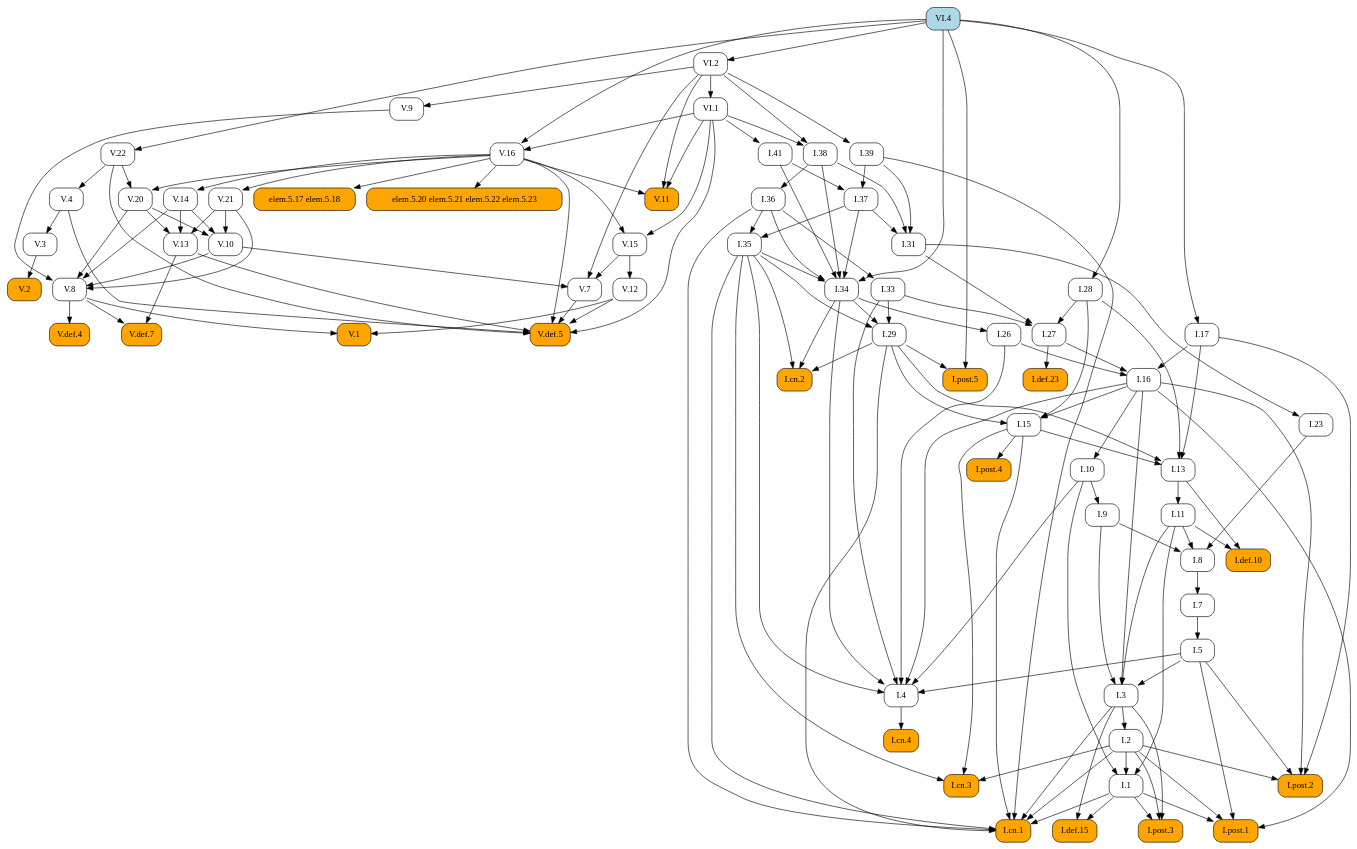
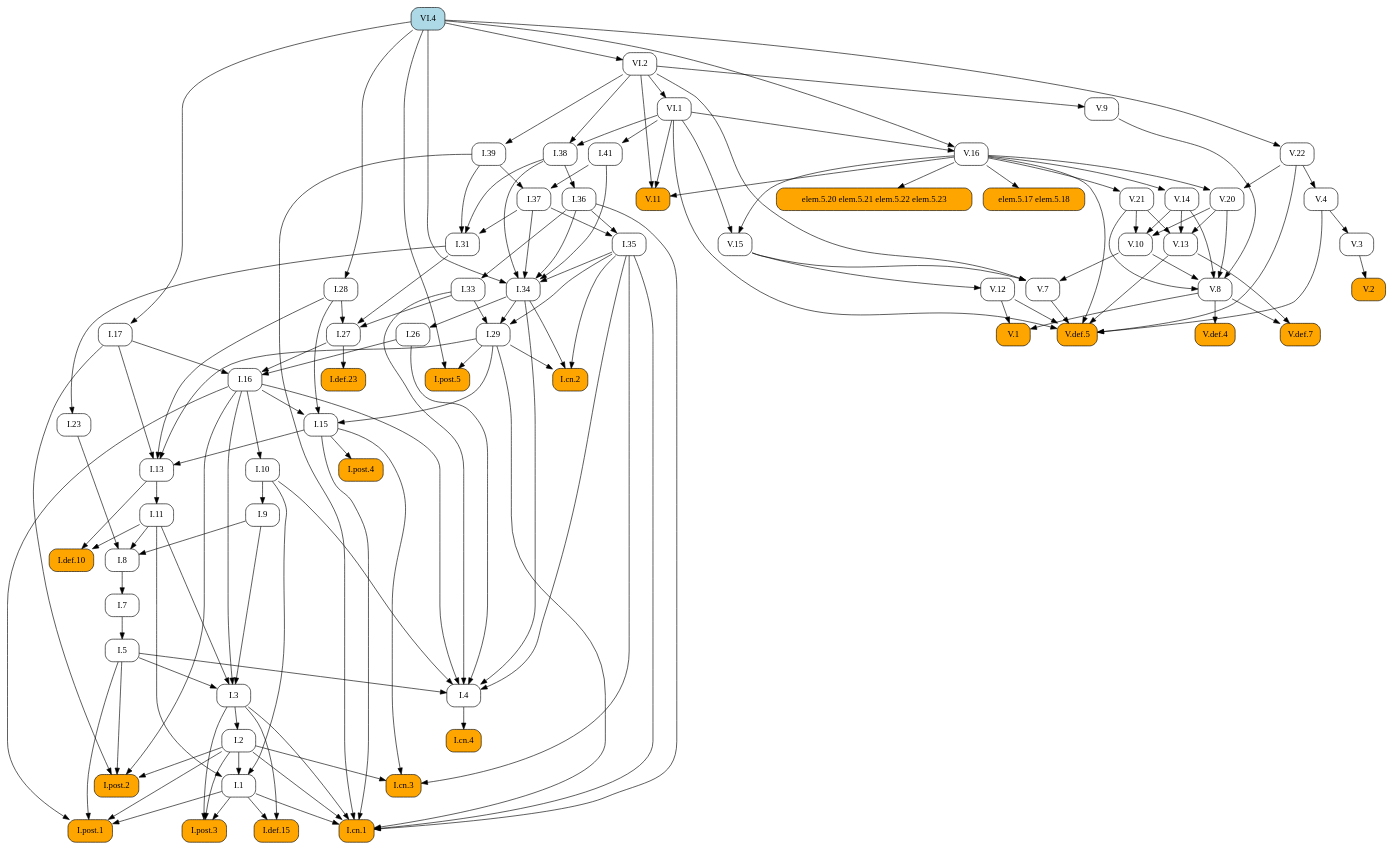
One commit to geometor/elements changed the diagram in docsrc/heath/VI/4/index.rst. Above: the diagram before and after it, drawn with Graphviz. The commit also changed other lines of this file and 1029 other files, not shown here.

```diff
--- a/docsrc/heath/VI/4/index.rst
+++ b/docsrc/heath/VI/4/index.rst
@@ -87,131 +87,79 @@
    digraph {
      rankdir="TB";
      node [shape=box, style=rounded];
+     "I.def.10" [style="rounded,filled", fillcolor=orange, URL="/heath/I/def.10/", target="_top"];
+     "I.11" [URL="/heath/I/11/", target="_top"];
+     "I.post.4" [style="rounded,filled", fillcolor=orange, URL="/heath/I/post.4/", target="_top"];
+     "I.28" [URL="/heath/I/28/", target="_top"];
+     "I.1" [URL="/heath/I/1/", target="_top"];
+     "V.def.5" [style="rounded,filled", fillcolor=orange, URL="/heath/V/def.5/", target="_top"];
+     "V.13" [URL="/heath/V/13/", target="_top"];
+     "V.11" [style="rounded,filled", fillcolor=orange, URL="/heath/V/11/", target="_top"];
+     "I.post.3" [style="rounded,filled", fillcolor=orange, URL="/heath/I/post.3/", target="_top"];
+     "VI.1" [URL="/heath/VI/1/", target="_top"];
+     "I.cn.3" [style="rounded,filled", fillcolor=orange, URL="/heath/I/cn.3/", target="_top"];
+     "V.16" [URL="/heath/V/16/", target="_top"];
+     "VI.4" [style="rounded,filled", fillcolor=lightblue, URL="/heath/VI/4/", target="_top"];
+     "V.3" [URL="/heath/V/3/", target="_top"];
+     "V.8" [URL="/heath/V/8/", target="_top"];
+     "I.27" [URL="/heath/I/27/", target="_top"];
+     "I.36" [URL="/heath/I/36/", target="_top"];
+     "I.41" [URL="/heath/I/41/", target="_top"];
+     "I.37" [URL="/heath/I/37/", target="_top"];
+     "I.34" [URL="/heath/I/34/", target="_top"];
+     "I.2" [URL="/heath/I/2/", target="_top"];
+     "I.def.23" [style="rounded,filled", fillcolor=orange, URL="/heath/I/def.23/", target="_top"];
+     "I.17" [URL="/heath/I/17/", target="_top"];
+     "I.33" [URL="/heath/I/33/", target="_top"];
+     "I.post.2" [style="rounded,filled", fillcolor=orange, URL="/heath/I/post.2/", target="_top"];
+     "elem.5.20 elem.5.21 elem.5.22 elem.5.23" [style="rounded,filled", fillcolor=orange];
+     "I.9" [URL="/heath/I/9/", target="_top"];
+     "I.cn.4" [style="rounded,filled", fillcolor=orange, URL="/heath/I/cn.4/", target="_top"];
+     "V.def.4" [style="rounded,filled", fillcolor=orange, URL="/heath/V/def.4/", target="_top"];
+     "I.15" [URL="/heath/I/15/", target="_top"];
+     "I.38" [URL="/heath/I/38/", target="_top"];
+     "V.def.7" [style="rounded,filled", fillcolor=orange, URL="/heath/V/def.7/", target="_top"];
+     "I.5" [URL="/heath/I/5/", target="_top"];
+     "V.21" [URL="/heath/V/21/", target="_top"];
+     "I.39" [URL="/heath/I/39/", target="_top"];
+     "I.26" [URL="/heath/I/26/", target="_top"];
+     "V.14" [URL="/heath/V/14/", target="_top"];
+     "I.29" [URL="/heath/I/29/", target="_top"];
+     "V.22" [URL="/heath/V/22/", target="_top"];
+     "V.12" [URL="/heath/V/12/", target="_top"];
+     "I.cn.2" [style="rounded,filled", fillcolor=orange, URL="/heath/I/cn.2/", target="_top"];
+     "V.20" [URL="/heath/V/20/", target="_top"];
+     "V.10" [URL="/heath/V/10/", target="_top"];
+     "VI.2" [URL="/heath/VI/2/", target="_top"];
+     "I.def.15" [style="rounded,filled", fillcolor=orange, URL="/heath/I/def.15/", target="_top"];
+     "V.15" [URL="/heath/V/15/", target="_top"];
+     "I.cn.1" [style="rounded,filled", fillcolor=orange, URL="/heath/I/cn.1/", target="_top"];
+     "V.7" [URL="/heath/V/7/", target="_top"];
+     "V.9" [URL="/heath/V/9/", target="_top"];
+     "I.23" [URL="/heath/I/23/", target="_top"];
+     "I.post.1" [style="rounded,filled", fillcolor=orange, URL="/heath/I/post.1/", target="_top"];
+     "I.35" [URL="/heath/I/35/", target="_top"];
+     "I.7" [URL="/heath/I/7/", target="_top"];
+     "I.3" [URL="/heath/I/3/", target="_top"];
+     "I.4" [URL="/heath/I/4/", target="_top"];
+     "I.13" [URL="/heath/I/13/", target="_top"];
+     "V.4" [URL="/heath/V/4/", target="_top"];
+     "I.31" [URL="/heath/I/31/", target="_top"];
      "V.1" [style="rounded,filled", fillcolor=orange, URL="/heath/V/1/", target="_top"];
-     "I.29" [URL="/heath/I/29/", target="_top"];
-     "I.7" [URL="/heath/I/7/", target="_top"];
-     "I.27" [URL="/heath/I/27/", target="_top"];
-     "I.def.23" [style="rounded,filled", fillcolor=orange, URL="/heath/I/def.23/", target="_top"];
-     "V.20" [URL="/heath/V/20/", target="_top"];
-     "I.34" [URL="/heath/I/34/", target="_top"];
+     "I.16" [URL="/heath/I/16/", target="_top"];
+     "elem.5.17 elem.5.18" [style="rounded,filled", fillcolor=orange];
      "I.8" [URL="/heath/I/8/", target="_top"];
      "V.2" [style="rounded,filled", fillcolor=orange, URL="/heath/V/2/", target="_top"];
-     "I.9" [URL="/heath/I/9/", target="_top"];
-     "V.22" [URL="/heath/V/22/", target="_top"];
-     "I.post.4" [style="rounded,filled", fillcolor=orange, URL="/heath/I/post.4/", target="_top"];
-     "I.2" [URL="/heath/I/2/", target="_top"];
-     "V.4" [URL="/heath/V/4/", target="_top"];
-     "I.28" [URL="/heath/I/28/", target="_top"];
-     "VI.4" [style="rounded,filled", fillcolor=lightblue, URL="/heath/VI/4/", target="_top"];
-     "I.cn.4" [style="rounded,filled", fillcolor=orange, URL="/heath/I/cn.4/", target="_top"];
-     "VI.2" [URL="/heath/VI/2/", target="_top"];
-     "elem.5.20 elem.5.21 elem.5.22 elem.5.23" [style="rounded,filled", fillcolor=orange];
-     "I.23" [URL="/heath/I/23/", target="_top"];
-     "I.13" [URL="/heath/I/13/", target="_top"];
-     "I.5" [URL="/heath/I/5/", target="_top"];
-     "I.11" [URL="/heath/I/11/", target="_top"];
-     "I.4" [URL="/heath/I/4/", target="_top"];
-     "I.def.10" [style="rounded,filled", fillcolor=orange, URL="/heath/I/def.10/", target="_top"];
-     "I.post.3" [style="rounded,filled", fillcolor=orange, URL="/heath/I/post.3/", target="_top"];
-     "V.9" [URL="/heath/V/9/", target="_top"];
-     "elem.5.17 elem.5.18" [style="rounded,filled", fillcolor=orange];
-     "V.3" [URL="/heath/V/3/", target="_top"];
-     "I.36" [URL="/heath/I/36/", target="_top"];
-     "V.12" [URL="/heath/V/12/", target="_top"];
-     "I.15" [URL="/heath/I/15/", target="_top"];
-     "I.17" [URL="/heath/I/17/", target="_top"];
-     "I.41" [URL="/heath/I/41/", target="_top"];
-     "V.def.5" [style="rounded,filled", fillcolor=orange, URL="/heath/V/def.5/", target="_top"];
-     "I.cn.3" [style="rounded,filled", fillcolor=orange, URL="/heath/I/cn.3/", target="_top"];
-     "V.16" [URL="/heath/V/16/", target="_top"];
-     "I.38" [URL="/heath/I/38/", target="_top"];
-     "V.15" [URL="/heath/V/15/", target="_top"];
-     "V.def.4" [style="rounded,filled", fillcolor=orange, URL="/heath/V/def.4/", target="_top"];
-     "V.21" [URL="/heath/V/21/", target="_top"];
-     "V.8" [URL="/heath/V/8/", target="_top"];
-     "V.7" [URL="/heath/V/7/", target="_top"];
-     "I.1" [URL="/heath/I/1/", target="_top"];
-     "I.def.15" [style="rounded,filled", fillcolor=orange, URL="/heath/I/def.15/", target="_top"];
-     "I.post.1" [style="rounded,filled", fillcolor=orange, URL="/heath/I/post.1/", target="_top"];
-     "V.13" [URL="/heath/V/13/", target="_top"];
-     "I.26" [URL="/heath/I/26/", target="_top"];
-     "I.33" [URL="/heath/I/33/", target="_top"];
-     "V.def.7" [style="rounded,filled", fillcolor=orange, URL="/heath/V/def.7/", target="_top"];
-     "I.39" [URL="/heath/I/39/", target="_top"];
-     "I.cn.2" [style="rounded,filled", fillcolor=orange, URL="/heath/I/cn.2/", target="_top"];
-     "V.10" [URL="/heath/V/10/", target="_top"];
+     "I.post.5" [style="rounded,filled", fillcolor=orange, URL="/heath/I/post.5/", target="_top"];
      "I.10" [URL="/heath/I/10/", target="_top"];
-     "I.3" [URL="/heath/I/3/", target="_top"];
-     "I.16" [URL="/heath/I/16/", target="_top"];
-     "I.31" [URL="/heath/I/31/", target="_top"];
-     "V.11" [style="rounded,filled", fillcolor=orange, URL="/heath/V/11/", target="_top"];
-     "I.post.2" [style="rounded,filled", fillcolor=orange, URL="/heath/I/post.2/", target="_top"];
-     "I.post.5" [style="rounded,filled", fillcolor=orange, URL="/heath/I/post.5/", target="_top"];
-     "VI.1" [URL="/heath/VI/1/", target="_top"];
-     "I.35" [URL="/heath/I/35/", target="_top"];
-     "I.cn.1" [style="rounded,filled", fillcolor=orange, URL="/heath/I/cn.1/", target="_top"];
-     "I.37" [URL="/heath/I/37/", target="_top"];
-     "V.14" [URL="/heath/V/14/", target="_top"];
-     "V.8" -> "V.1";
-     "V.12" -> "V.1";
-     "I.33" -> "I.29";
-     "I.34" -> "I.29";
-     "I.35" -> "I.29";
-     "I.8" -> "I.7";
-     "I.28" -> "I.27";
-     "I.31" -> "I.27";
-     "I.33" -> "I.27";
-     "I.27" -> "I.def.23";
-     "V.16" -> "V.20";
-     "V.22" -> "V.20";
-     "I.35" -> "I.34";
-     "I.36" -> "I.34";
-     "I.37" -> "I.34";
-     "I.38" -> "I.34";
-     "I.41" -> "I.34";
-     "VI.4" -> "I.34";
-     "I.9" -> "I.8";
-     "I.11" -> "I.8";
-     "I.23" -> "I.8";
-     "V.3" -> "V.2";
-     "I.10" -> "I.9";
-     "VI.4" -> "V.22";
-     "I.15" -> "I.post.4";
-     "I.3" -> "I.2";
-     "V.22" -> "V.4";
-     "VI.4" -> "I.28";
-     "I.4" -> "I.cn.4";
-     "VI.4" -> "VI.2";
-     "V.16" -> "elem.5.20 elem.5.21 elem.5.22 elem.5.23";
-     "I.31" -> "I.23";
-     "I.15" -> "I.13";
-     "I.17" -> "I.13";
-     "I.28" -> "I.13";
-     "I.29" -> "I.13";
-     "I.7" -> "I.5";
-     "I.13" -> "I.11";
-     "I.5" -> "I.4";
-     "I.10" -> "I.4";
-     "I.16" -> "I.4";
-     "I.26" -> "I.4";
-     "I.33" -> "I.4";
-     "I.34" -> "I.4";
-     "I.35" -> "I.4";
      "I.11" -> "I.def.10";
      "I.13" -> "I.def.10";
-     "I.1" -> "I.post.3";
-     "I.2" -> "I.post.3";
-     "I.3" -> "I.post.3";
-     "VI.2" -> "V.9";
-     "V.16" -> "elem.5.17 elem.5.18";
-     "V.4" -> "V.3";
-     "I.38" -> "I.36";
-     "V.15" -> "V.12";
-     "I.16" -> "I.15";
-     "I.28" -> "I.15";
-     "I.29" -> "I.15";
-     "VI.4" -> "I.17";
-     "VI.1" -> "I.41";
+     "I.13" -> "I.11";
+     "I.15" -> "I.post.4";
+     "VI.4" -> "I.28";
+     "I.2" -> "I.1";
+     "I.10" -> "I.1";
+     "I.11" -> "I.1";
      "V.4" -> "V.def.5";
      "V.7" -> "V.def.5";
      "V.12" -> "V.def.5";
@@ -219,71 +167,82 @@
      "V.16" -> "V.def.5";
      "V.22" -> "V.def.5";
      "VI.1" -> "V.def.5";
+     "V.14" -> "V.13";
+     "V.20" -> "V.13";
+     "V.21" -> "V.13";
+     "V.16" -> "V.11";
+     "VI.1" -> "V.11";
+     "VI.2" -> "V.11";
+     "I.1" -> "I.post.3";
+     "I.2" -> "I.post.3";
+     "I.3" -> "I.post.3";
+     "VI.2" -> "VI.1";
      "I.2" -> "I.cn.3";
      "I.15" -> "I.cn.3";
      "I.35" -> "I.cn.3";
      "VI.1" -> "V.16";
      "VI.4" -> "V.16";
-     "VI.1" -> "I.38";
-     "VI.2" -> "I.38";
-     "V.16" -> "V.15";
-     "VI.1" -> "V.15";
-     "V.8" -> "V.def.4";
-     "V.16" -> "V.21";
+     "V.4" -> "V.3";
      "V.9" -> "V.8";
      "V.10" -> "V.8";
      "V.14" -> "V.8";
      "V.20" -> "V.8";
      "V.21" -> "V.8";
-     "V.10" -> "V.7";
-     "V.15" -> "V.7";
-     "VI.2" -> "V.7";
-     "I.2" -> "I.1";
-     "I.10" -> "I.1";
-     "I.11" -> "I.1";
-     "I.1" -> "I.def.15";
-     "I.3" -> "I.def.15";
-     "I.1" -> "I.post.1";
-     "I.2" -> "I.post.1";
-     "I.5" -> "I.post.1";
-     "I.16" -> "I.post.1";
-     "V.14" -> "V.13";
-     "V.20" -> "V.13";
-     "V.21" -> "V.13";
-     "I.34" -> "I.26";
+     "I.28" -> "I.27";
+     "I.31" -> "I.27";
+     "I.33" -> "I.27";
+     "I.38" -> "I.36";
+     "VI.1" -> "I.41";
+     "I.39" -> "I.37";
+     "I.41" -> "I.37";
+     "I.35" -> "I.34";
+     "I.36" -> "I.34";
+     "I.37" -> "I.34";
+     "I.38" -> "I.34";
+     "I.41" -> "I.34";
+     "VI.4" -> "I.34";
+     "I.3" -> "I.2";
+     "I.27" -> "I.def.23";
+     "VI.4" -> "I.17";
      "I.36" -> "I.33";
-     "V.8" -> "V.def.7";
-     "V.13" -> "V.def.7";
-     "VI.2" -> "I.39";
-     "I.29" -> "I.cn.2";
-     "I.34" -> "I.cn.2";
-     "I.35" -> "I.cn.2";
-     "V.14" -> "V.10";
-     "V.20" -> "V.10";
-     "V.21" -> "V.10";
-     "I.16" -> "I.10";
-     "I.5" -> "I.3";
-     "I.9" -> "I.3";
-     "I.11" -> "I.3";
-     "I.16" -> "I.3";
-     "I.17" -> "I.16";
-     "I.26" -> "I.16";
-     "I.27" -> "I.16";
-     "I.37" -> "I.31";
-     "I.38" -> "I.31";
-     "I.39" -> "I.31";
-     "V.16" -> "V.11";
-     "VI.1" -> "V.11";
-     "VI.2" -> "V.11";
      "I.2" -> "I.post.2";
      "I.5" -> "I.post.2";
      "I.16" -> "I.post.2";
      "I.17" -> "I.post.2";
-     "I.29" -> "I.post.5";
-     "VI.4" -> "I.post.5";
-     "VI.2" -> "VI.1";
-     "I.36" -> "I.35";
-     "I.37" -> "I.35";
+     "V.16" -> "elem.5.20 elem.5.21 elem.5.22 elem.5.23";
+     "I.10" -> "I.9";
+     "I.4" -> "I.cn.4";
+     "V.8" -> "V.def.4";
+     "I.16" -> "I.15";
+     "I.28" -> "I.15";
+     "I.29" -> "I.15";
+     "VI.1" -> "I.38";
+     "VI.2" -> "I.38";
+     "V.8" -> "V.def.7";
+     "V.13" -> "V.def.7";
+     "I.7" -> "I.5";
+     "V.16" -> "V.21";
+     "VI.2" -> "I.39";
+     "I.34" -> "I.26";
+     "V.16" -> "V.14";
+     "I.33" -> "I.29";
+     "I.34" -> "I.29";
+     "I.35" -> "I.29";
+     "VI.4" -> "V.22";
+     "V.15" -> "V.12";
+     "I.29" -> "I.cn.2";
+     "I.34" -> "I.cn.2";
+     "I.35" -> "I.cn.2";
+     "V.16" -> "V.20";
+     "V.22" -> "V.20";
+     "V.14" -> "V.10";
+     "V.20" -> "V.10";
+     "V.21" -> "V.10";
+     "VI.4" -> "VI.2";
+     "I.1" -> "I.def.15";
+     "I.3" -> "I.def.15";
+     "V.16" -> "V.15";
+     "VI.1" -> "V.15";
      "I.1" -> "I.cn.1";
      "I.2" -> "I.cn.1";
      "I.3" -> "I.cn.1";
@@ -292,7 +251,48 @@
      "I.35" -> "I.cn.1";
      "I.36" -> "I.cn.1";
      "I.39" -> "I.cn.1";
-     "I.39" -> "I.37";
-     "I.41" -> "I.37";
-     "V.16" -> "V.14";
+     "V.10" -> "V.7";
+     "V.15" -> "V.7";
+     "VI.2" -> "V.7";
+     "VI.2" -> "V.9";
+     "I.31" -> "I.23";
+     "I.1" -> "I.post.1";
+     "I.2" -> "I.post.1";
+     "I.5" -> "I.post.1";
+     "I.16" -> "I.post.1";
+     "I.36" -> "I.35";
+     "I.37" -> "I.35";
+     "I.8" -> "I.7";
+     "I.5" -> "I.3";
+     "I.9" -> "I.3";
+     "I.11" -> "I.3";
+     "I.16" -> "I.3";
+     "I.5" -> "I.4";
+     "I.10" -> "I.4";
+     "I.16" -> "I.4";
+     "I.26" -> "I.4";
+     "I.33" -> "I.4";
+     "I.34" -> "I.4";
+     "I.35" -> "I.4";
+     "I.15" -> "I.13";
+     "I.17" -> "I.13";
+     "I.28" -> "I.13";
+     "I.29" -> "I.13";
+     "V.22" -> "V.4";
+     "I.37" -> "I.31";
+     "I.38" -> "I.31";
+     "I.39" -> "I.31";
+     "V.8" -> "V.1";
+     "V.12" -> "V.1";
+     "I.17" -> "I.16";
+     "I.26" -> "I.16";
+     "I.27" -> "I.16";
+     "V.16" -> "elem.5.17 elem.5.18";
+     "I.9" -> "I.8";
+     "I.11" -> "I.8";
+     "I.23" -> "I.8";
+     "V.3" -> "V.2";
+     "I.29" -> "I.post.5";
+     "VI.4" -> "I.post.5";
+     "I.16" -> "I.10";
    }
```
